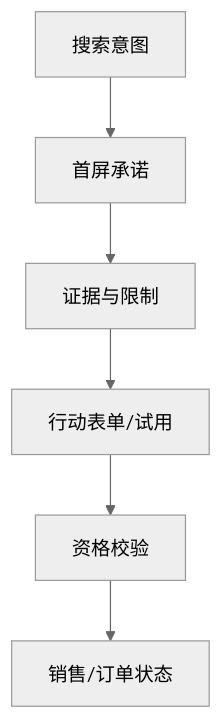
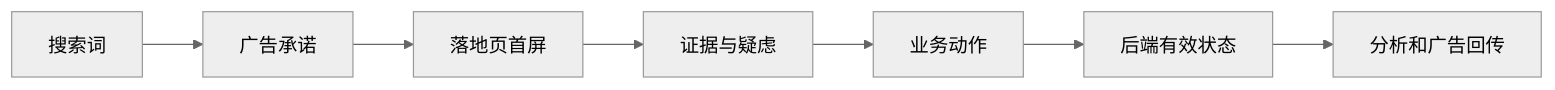
One commit to upJiang/jiang-blog-vitepress changed the diagram in docs/seo/sem-creative-landing-tracking.md. Above: the diagram before and after it, drawn with Mermaid (neutral theme). The commit also changed other lines of this file and 164 other files, not shown here.

````diff
--- a/docs/seo/sem-creative-landing-tracking.md
+++ b/docs/seo/sem-creative-landing-tracking.md
@@ -32,8 +19,9 @@
 ```mermaid
-flowchart TD
-  A[搜索意图] --> B[首屏承诺]
-  B --> C[证据与限制]
-  C --> D[行动表单/试用]
-  D --> E[资格校验]
-  E --> F[销售/订单状态]
+flowchart LR
+  A[搜索词] --> B[广告承诺]
+  B --> C[落地页首屏]
+  C --> D[证据与疑虑]
+  D --> E[业务动作]
+  E --> F[后端有效状态]
+  F --> G[分析和广告回传]
 ```
````
